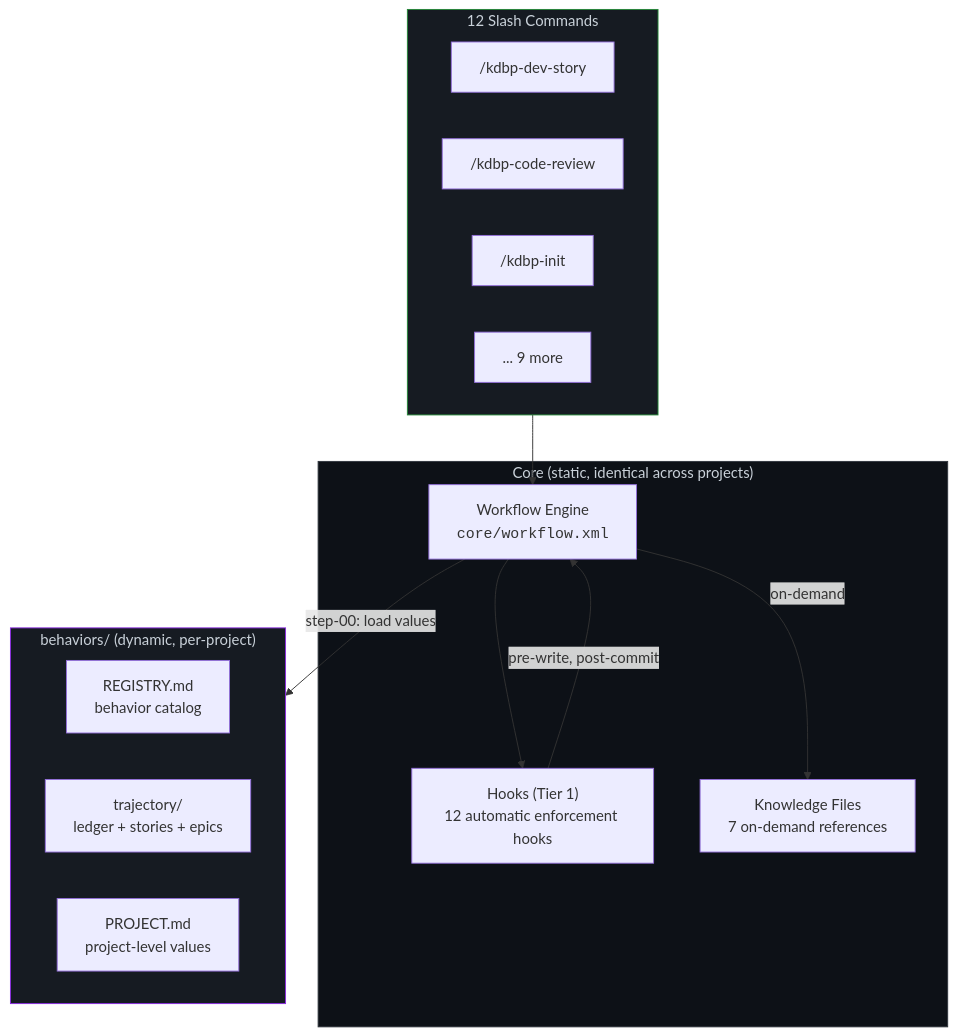
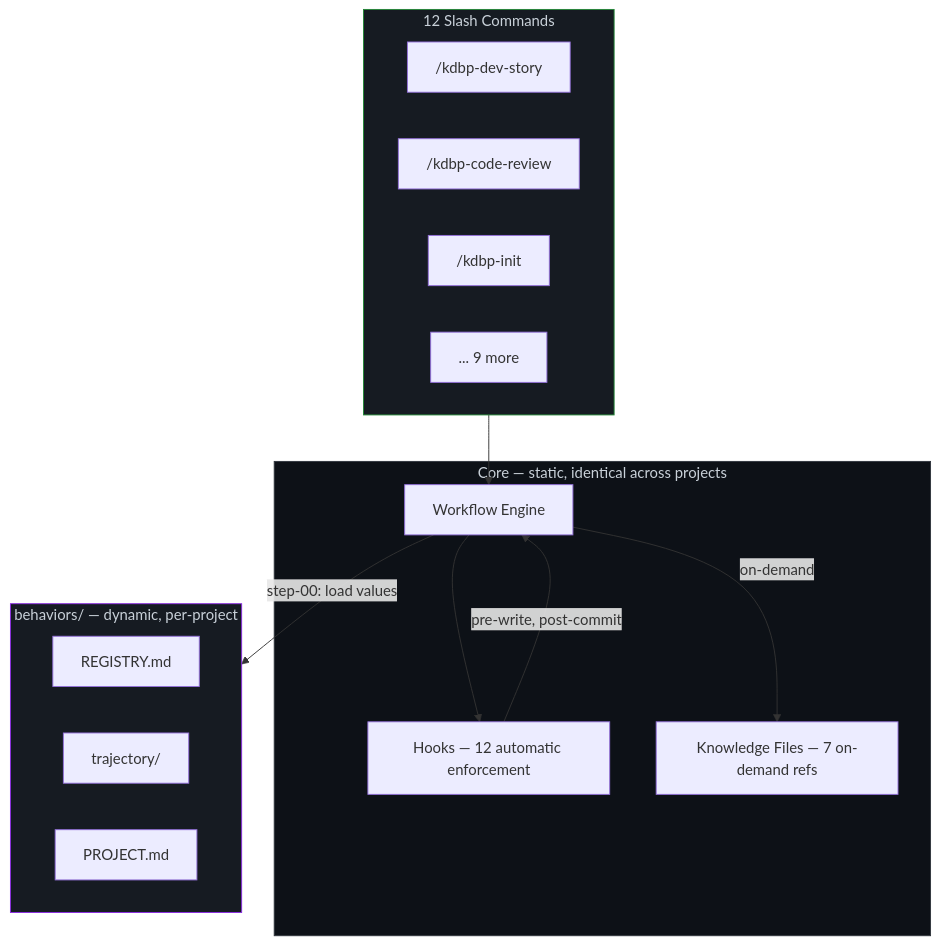
One commit to khujta/kdbp changed the second of 2 diagrams in README.md. Above: the diagram before and after it, drawn with Mermaid. The commit also changed other lines of this file, not shown here.

Commit message:
Fix Mermaid diagrams: remove HTML tags for GitHub compatibility
GitHub's Mermaid renderer fails on inline HTML (<strong>, <em>, <br/>, <code>).
Replace with plain text and \n line breaks for reliable rendering.

````diff
--- a/README.md
+++ b/README.md
@@ -250,31 +250,31 @@
 ```mermaid
 graph TB
-    subgraph Core["Core (static, identical across projects)"]
-        W["Workflow Engine<br/><code>core/workflow.xml</code>"]
-        H["Hooks (Tier 1)<br/>12 automatic enforcement hooks"]
-        K["Knowledge Files<br/>7 on-demand references"]
+    subgraph Core["Core — static, identical across projects"]
+        W["Workflow Engine"]
+        H["Hooks — 12 automatic enforcement"]
+        K["Knowledge Files — 7 on-demand refs"]
     end
 
-    subgraph Behaviors["behaviors/ (dynamic, per-project)"]
-        R["REGISTRY.md<br/>behavior catalog"]
-        T["trajectory/<br/>ledger + stories + epics"]
-        P["PROJECT.md<br/>project-level values"]
+    subgraph Behaviors["behaviors/ — dynamic, per-project"]
+        R["REGISTRY.md"]
+        T["trajectory/"]
+        P["PROJECT.md"]
     end
 
     subgraph Commands["12 Slash Commands"]
         C1["/kdbp-dev-story"]
         C2["/kdbp-code-review"]
         C3["/kdbp-init"]
         C4["... 9 more"]
     end
 
     Commands --> W
     W --> H
     W -->|"step-00: load values"| Behaviors
     W -->|"on-demand"| K
     H -->|"pre-write, post-commit"| W
 
     style Core fill:#0d1117,stroke:#30363d,color:#c9d1d9
     style Behaviors fill:#161b22,stroke:#8A2BE2,color:#c9d1d9
     style Commands fill:#161b22,stroke:#238636,color:#c9d1d9
 ```
````
